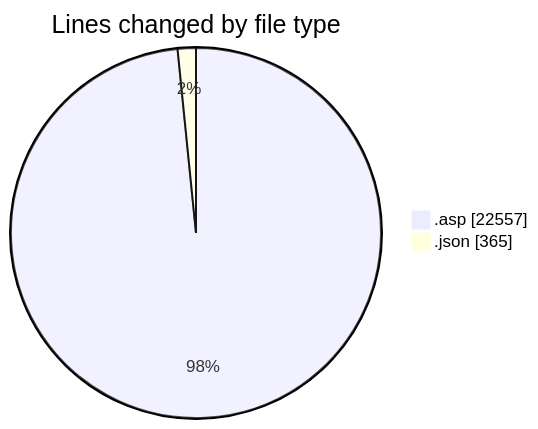
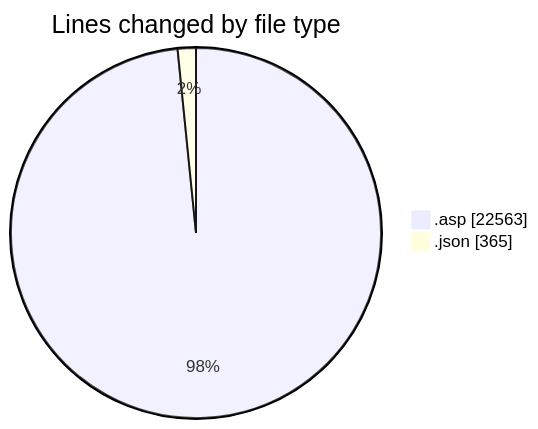
Before and after one commit to julien-gomy/code-tracking: the first of 2 diagrams in 2025-11-01/cdp_aleoudev_fr__workspace_/README.md, drawn with Mermaid. The commit also changed other lines of this file and 1 other file, not shown here.

````diff
--- a/2025-11-01/cdp_aleoudev_fr__workspace_/README.md
+++ b/2025-11-01/cdp_aleoudev_fr__workspace_/README.md
@@ -29,6 +29,6 @@
 ```mermaid
 pie showData
 title Lines changed by file type
-".asp" : 22557
+".asp" : 22563
 ".json" : 365
 ```
````
